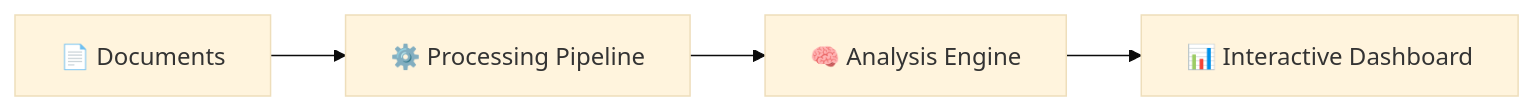
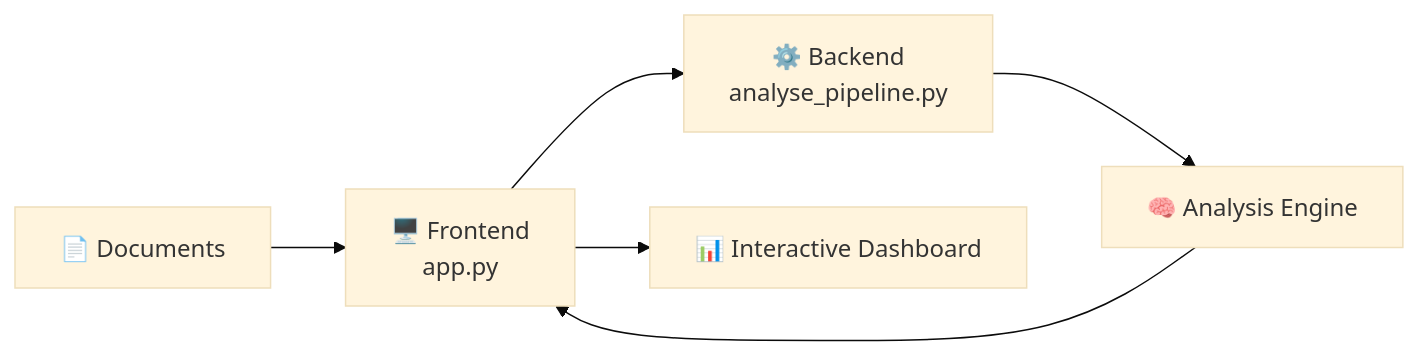
The third of 11 diagrams in README.md (Pooja-Vishnoi/GenAI_Hackathon), drawn with Mermaid (base theme) before and after one commit. The commit also changed other lines of this file, not shown here.

Commit message:
- Enhance README with detailed architecture diagrams and application flow. - Added sections for frontend-backend separation, key function calls, and interactive editing flows to improve clarity and understanding of the system's structure and functionality.

````diff
--- a/README.md
+++ b/README.md
@@ -60,6 +147,8 @@
 ```mermaid
 graph LR
-    A[📄 Documents] --> B[⚙️ Processing Pipeline]
-    B --> C[🧠 Analysis Engine]
-    C --> D[📊 Interactive Dashboard]
+    A[📄 Documents] --> B[🖥️ Frontend<br/>app.py]
+    B --> C[⚙️ Backend<br/>analyse_pipeline.py]
+    C --> D[🧠 Analysis Engine]
+    D --> B
+    B --> E[📊 Interactive Dashboard]
 ```
````
